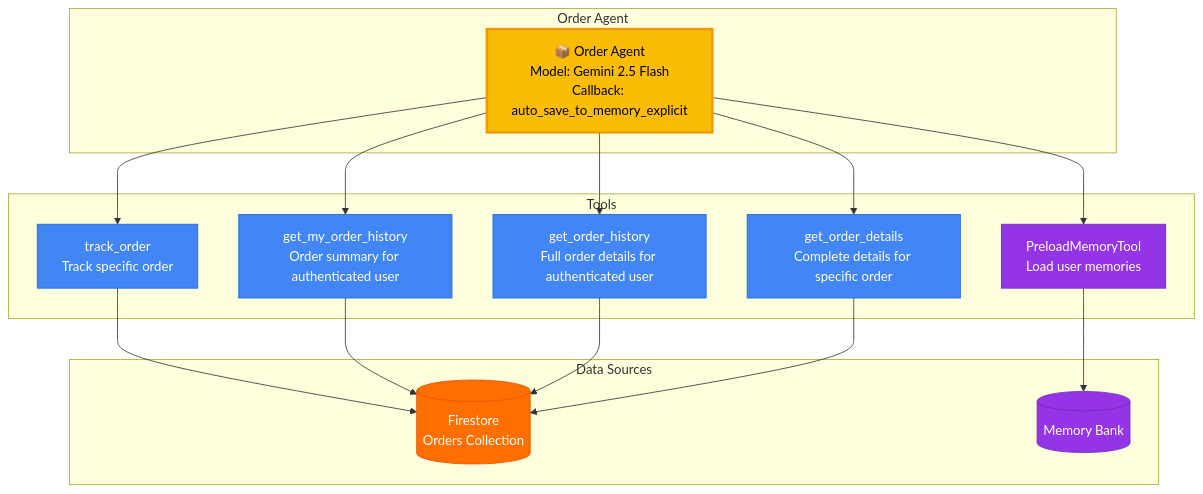
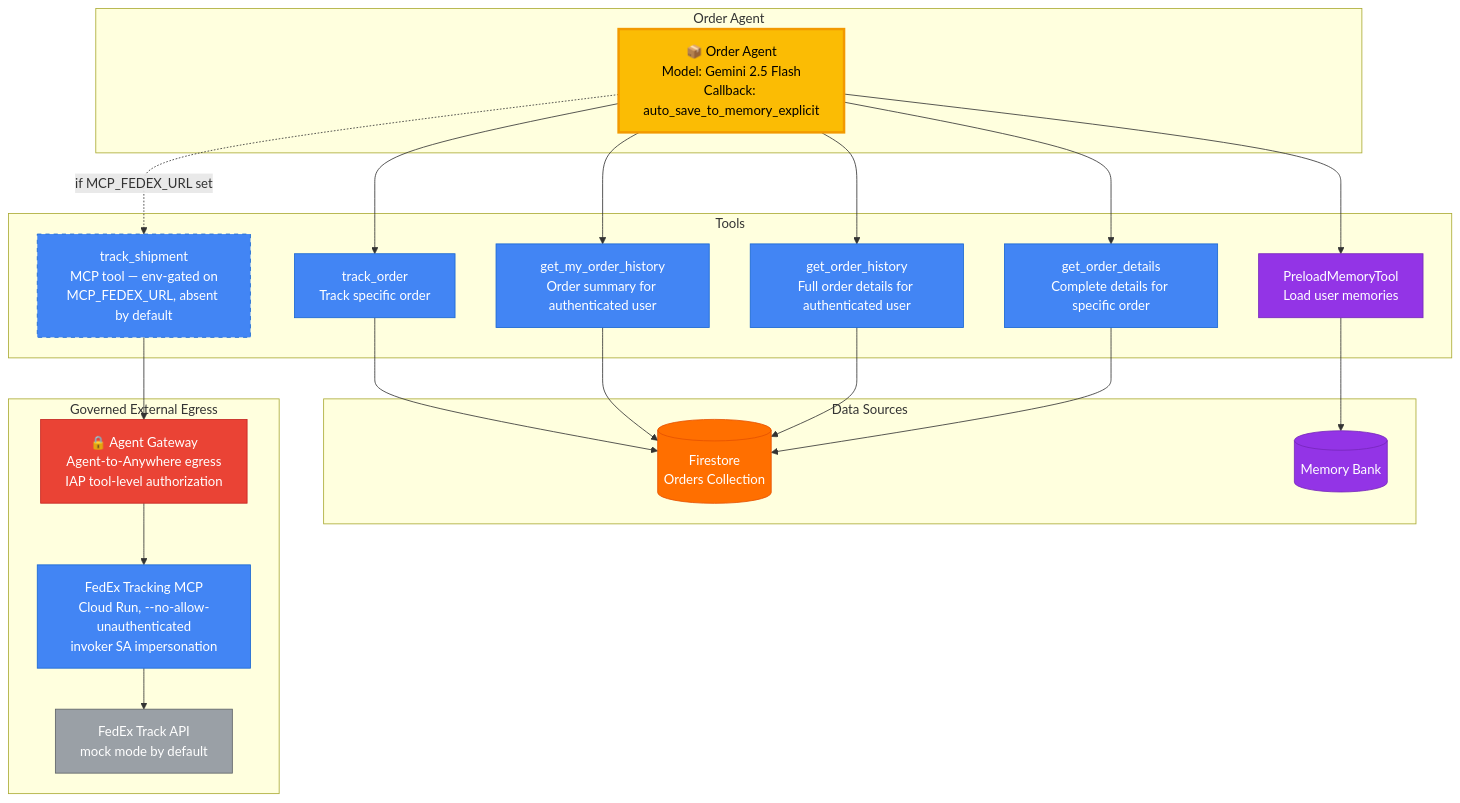
The diagram in docs/diagrams/order-agent.mmd (Saoussen-CH/adk-multiagent-production-template), drawn with Mermaid before and after one commit. The commit also changed 4 other files, not shown here.

First line of the commit message:
docs(diagrams): sync architecture diagrams with FedEx MCP + refund HITL

```diff
--- a/docs/diagrams/order-agent.mmd
+++ b/docs/diagrams/order-agent.mmd
@@ -1,41 +1,56 @@
 %% Order Agent Architecture
 %% Google Cloud Platform Style
 
 graph TB
     subgraph "Order Agent"
         Agent[📦 Order Agent<br/>Model: Gemini 2.5 Flash<br/>Callback: auto_save_to_memory_explicit]
     end
 
     subgraph "Tools"
         T0[PreloadMemoryTool<br/>Load user memories]
         T1[track_order<br/>Track specific order]
         T2[get_my_order_history<br/>Order summary for authenticated user]
         T3[get_order_history<br/>Full order details for authenticated user]
         T4[get_order_details<br/>Complete details for specific order]
+        T5[track_shipment<br/>MCP tool — env-gated on<br/>MCP_FEDEX_URL, absent by default]
     end
 
     subgraph "Data Sources"
         Firestore[(Firestore<br/>Orders Collection)]
         Memory[(Memory Bank)]
     end
 
+    subgraph "Governed External Egress"
+        Gateway[🔒 Agent Gateway<br/>Agent-to-Anywhere egress<br/>IAP tool-level authorization]
+        FedExMCP[FedEx Tracking MCP<br/>Cloud Run, --no-allow-unauthenticated<br/>invoker SA impersonation]
+        FedExAPI[FedEx Track API<br/>mock mode by default]
+    end
+
     Agent --> T0
     Agent --> T1
     Agent --> T2
     Agent --> T3
     Agent --> T4
+    Agent -.->|if MCP_FEDEX_URL set| T5
 
     T0 --> Memory
     T1 --> Firestore
     T2 --> Firestore
     T3 --> Firestore
     T4 --> Firestore
+    T5 --> Gateway
+    Gateway --> FedExMCP
+    FedExMCP --> FedExAPI
 
     style Agent fill:#FBBC04,stroke:#F29900,color:#000,stroke-width:3px
     style T0 fill:#9334E6,stroke:#7627BB,color:#fff
     style T1 fill:#4285F4,stroke:#1967D2,color:#fff
     style T2 fill:#4285F4,stroke:#1967D2,color:#fff
     style T3 fill:#4285F4,stroke:#1967D2,color:#fff
     style T4 fill:#4285F4,stroke:#1967D2,color:#fff
+    style T5 fill:#4285F4,stroke:#1967D2,color:#fff,stroke-dasharray: 5 5
     style Firestore fill:#FF6F00,stroke:#E65100,color:#fff
     style Memory fill:#9334E6,stroke:#7627BB,color:#fff
+    style Gateway fill:#EA4335,stroke:#C5221F,color:#fff
+    style FedExMCP fill:#4285F4,stroke:#1967D2,color:#fff
+    style FedExAPI fill:#9AA0A6,stroke:#5F6368,color:#fff
```
